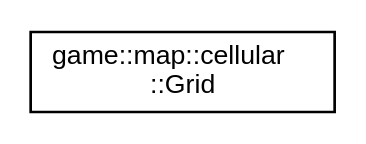
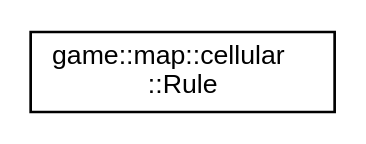
Before and after one commit to MisterPeModder/Bomberman-Global-Offensive: the diagram in inherit_graph_22.dot, drawn with Graphviz. The commit also changed 519 other files, not shown here.

```diff
--- a/inherit_graph_22.dot
+++ b/inherit_graph_22.dot
@@ -1,8 +1,8 @@
 digraph "Graphical Class Hierarchy"
 {
  // LATEX_PDF_SIZE
   edge [fontname="Helvetica",fontsize="10",labelfontname="Helvetica",labelfontsize="10"];
   node [fontname="Helvetica",fontsize="10",shape=record];
   rankdir="LR";
-  Node0 [label="game::map::cellular\l::Grid",height=0.2,width=0.4,color="black", fillcolor="white", style="filled",URL="$classgame_1_1map_1_1cellular_1_1_grid.html",tooltip="Cellular automata 2D grid."];
+  Node0 [label="game::map::cellular\l::Rule",height=0.2,width=0.4,color="black", fillcolor="white", style="filled",URL="$classgame_1_1map_1_1cellular_1_1_rule.html",tooltip="Cellular automata rule, representing of form B[0-9]+/S[0-9]+ Where B stands for Birth,..."];
 }
```
